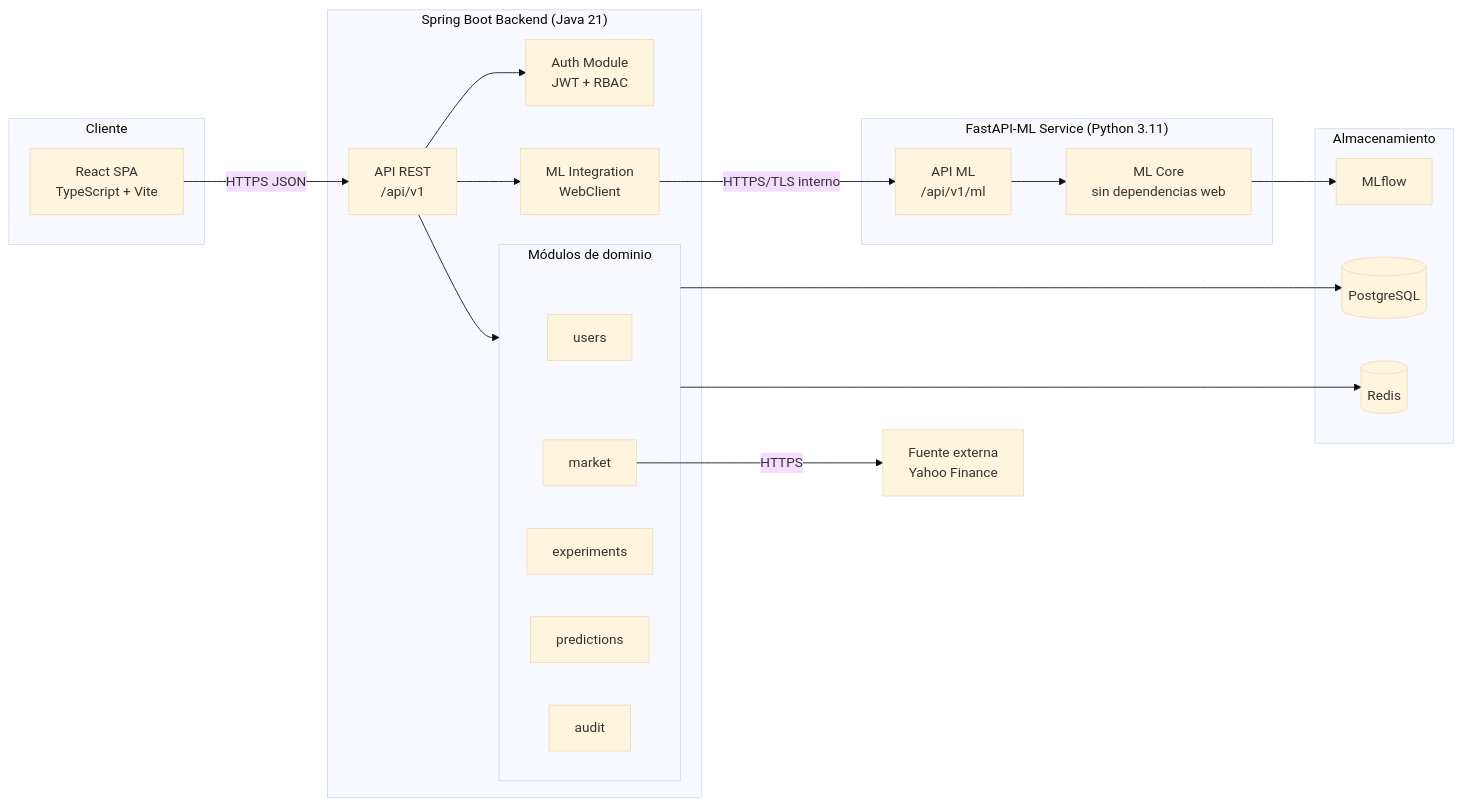
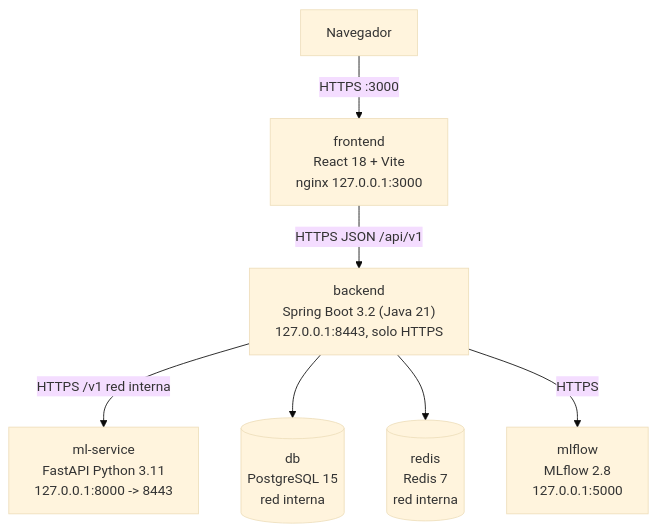
The first of 7 diagrams in docs/04_diagramas.md (AyLZz17/SistemaPrediccionCrypto-XMRMonero), drawn with Mermaid (base theme) before and after one commit. The commit also changed other lines of this file and 85 other files, not shown here.

````diff
--- a/docs/04_diagramas.md
+++ b/docs/04_diagramas.md
@@ -10,43 +14,9 @@
 ```mermaid
-flowchart LR
-    subgraph CLIENT["Cliente"]
-        SPA["React SPA<br/>TypeScript + Vite"]
-    end
-
-    subgraph BACKEND["Spring Boot Backend (Java 21)"]
-        API["API REST<br/>/api/v1"]
-        AUTH["Auth Module<br/>JWT + RBAC"]
-        MLINT["ML Integration<br/>WebClient"]
-        subgraph MODULES["Módulos de dominio"]
-            USERS["users"]
-            MARKET["market"]
-            EXPERIMENTS["experiments"]
-            PREDICTIONS["predictions"]
-            AUDIT["audit"]
-        end
-    end
-
-    subgraph ML["FastAPI-ML Service (Python 3.11)"]
-        MLAPI["API ML<br/>/api/v1/ml"]
-        MLCORE["ML Core<br/>sin dependencias web"]
-    end
-
-    subgraph STORE["Almacenamiento"]
-        PG[("PostgreSQL")]
-        RD[("Redis")]
-        MLF["MLflow"]
-    end
-
-    EXT["Fuente externa<br/>Yahoo Finance"]
-
-    SPA -->|"HTTPS JSON"| API
-    API --> AUTH
-    API --> MODULES
-    API --> MLINT
-    MLINT -->|"HTTPS/TLS interno"| MLAPI
-    MLAPI --> MLCORE
-    MODULES --> PG
-    MODULES --> RD
-    MLCORE --> MLF
-    MARKET -->|"HTTPS"| EXT
+flowchart TD
+    NAV["Navegador"] -->|"HTTPS :3000"| FE["frontend<br/>React 18 + Vite<br/>nginx 127.0.0.1:3000"]
+    FE -->|"HTTPS JSON /api/v1"| BE["backend<br/>Spring Boot 3.2 (Java 21)<br/>127.0.0.1:8443, solo HTTPS"]
+    BE -->|"HTTPS /v1 red interna"| ML["ml-service<br/>FastAPI Python 3.11<br/>127.0.0.1:8000 -> 8443"]
+    BE --> PG[("db<br/>PostgreSQL 15<br/>red interna")]
+    BE --> RD[("redis<br/>Redis 7<br/>red interna")]
+    BE -->|HTTPS| MLF["mlflow<br/>MLflow 2.8<br/>127.0.0.1:5000"]
 ```
````
